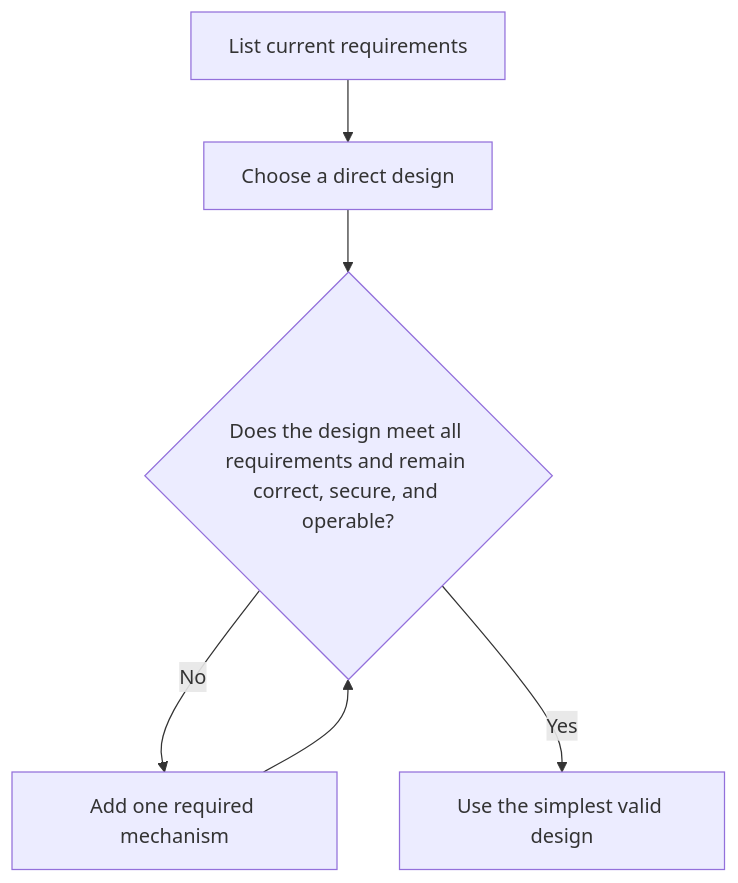
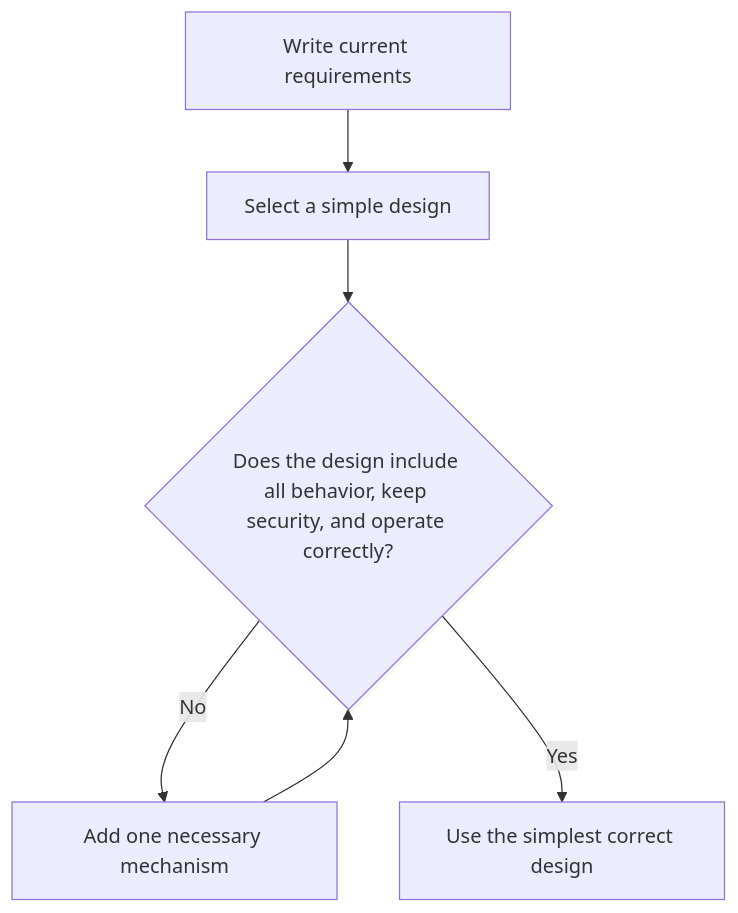
Before and after one commit to HomericIntelligence/Athena: the diagram in docs/principles/details/p001-kiss.md, drawn with Mermaid. The commit also changed other lines of this file and 91 other files, not shown here.

````diff
--- a/docs/principles/details/p001-kiss.md
+++ b/docs/principles/details/p001-kiss.md
@@ -33,8 +33,8 @@
 ```mermaid
 flowchart TD
-    A["List current requirements"] --> B["Choose a direct design"]
-    B --> C{"Does the design meet all requirements and remain correct, secure, and operable?"}
-    C -->|No| D["Add one required mechanism"]
+    A["Write current requirements"] --> B["Select a simple design"]
+    B --> C{"Does the design include all behavior, keep security, and operate correctly?"}
+    C -->|No| D["Add one necessary mechanism"]
     D --> C
-    C -->|Yes| E["Use the simplest valid design"]
+    C -->|Yes| E["Use the simplest correct design"]
 ```
````
